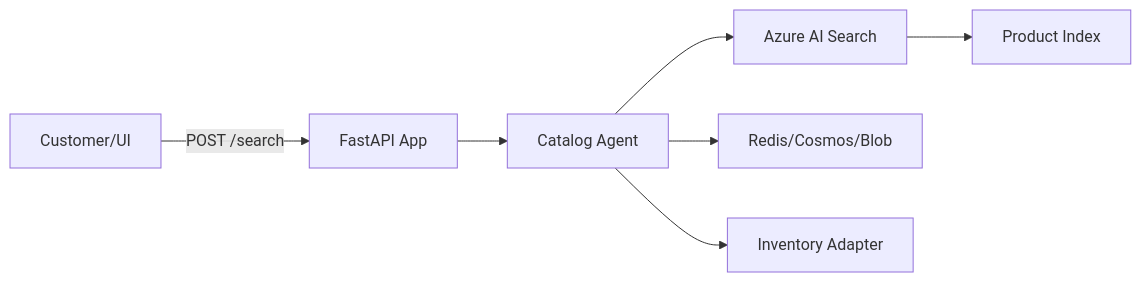
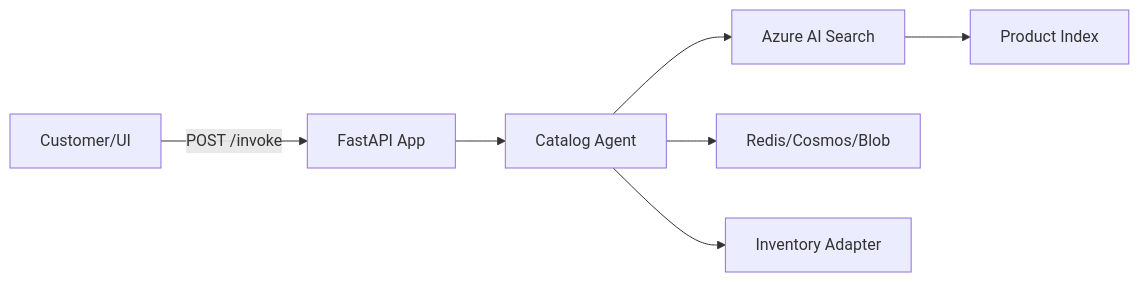
The diagram in docs/architecture/components/apps/ecommerce-catalog-search.md (Azure-Samples/holiday-peak-hub), drawn with Mermaid before and after one commit. The commit also changed other lines of this file and 44 other files, not shown here.

````diff
--- a/docs/architecture/components/apps/ecommerce-catalog-search.md
+++ b/docs/architecture/components/apps/ecommerce-catalog-search.md
@@ -13,9 +13,9 @@
 ```mermaid
 graph LR
-    Client[Customer/UI] -->|POST /search| API[FastAPI App]
+    Client[Customer/UI] -->|POST /invoke| API[FastAPI App]
     API --> Agent[Catalog Agent]
     Agent --> Search[Azure AI Search]
     Agent --> Memory[Redis/Cosmos/Blob]
     Agent --> Inventory[Inventory Adapter]
     Search --> Index[Product Index]
 ```
````
